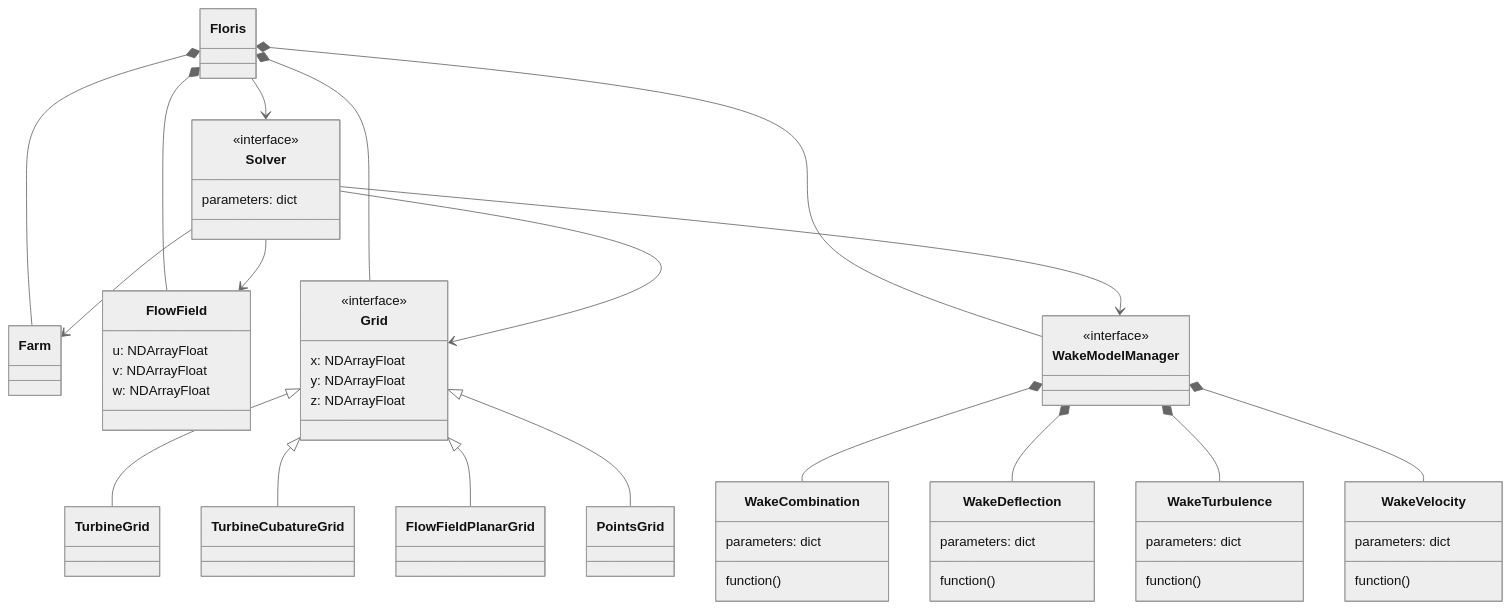
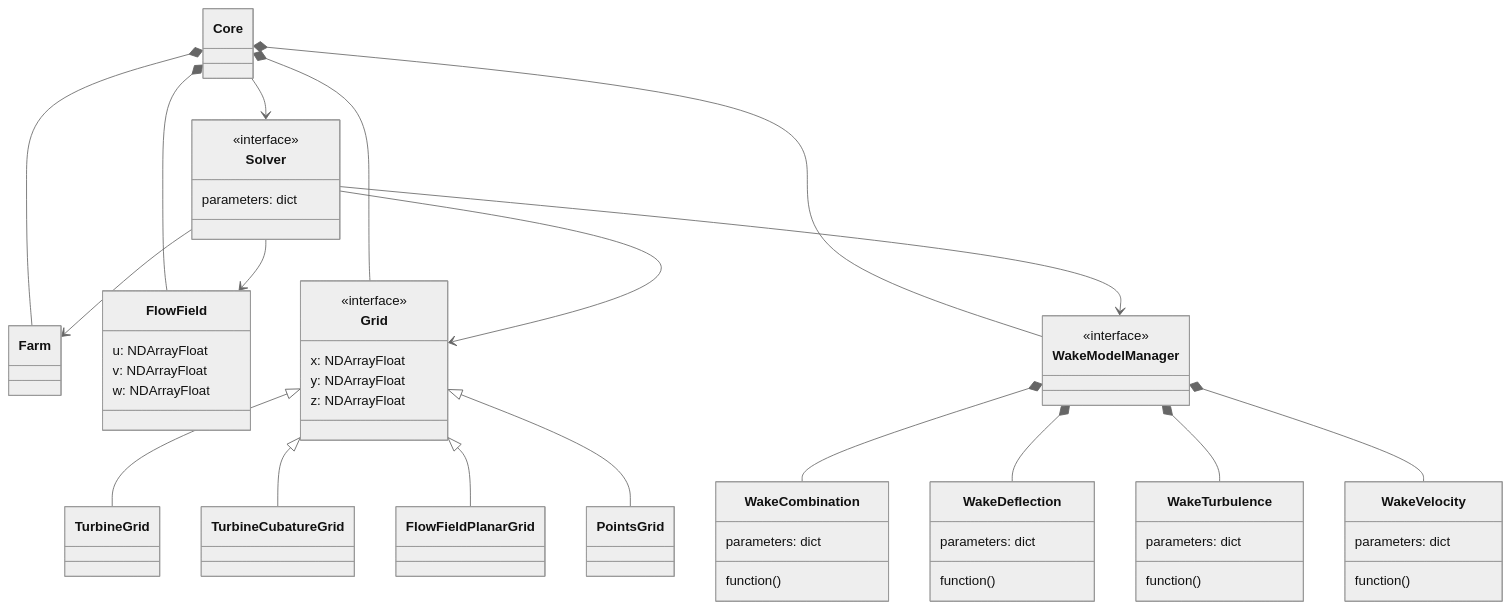
Before and after one commit to misi9170/floris: the second of 2 diagrams in _sources/architecture.md, drawn with Mermaid (neutral theme). The commit also changed other lines of this file and 249 other files, not shown here.

````diff
--- a/_sources/architecture.md
+++ b/_sources/architecture.md
@@ -69,69 +69,69 @@
 ```{mermaid}
 classDiagram
 
-    class Floris
+    class Core
 
     class Farm
 
     class FlowField {
         u: NDArrayFloat
         v: NDArrayFloat
         w: NDArrayFloat
     }
 
     class Grid {
         <<interface>>
         x: NDArrayFloat
         y: NDArrayFloat
         z: NDArrayFloat
     }
     class TurbineGrid
     class TurbineCubatureGrid
     class FlowFieldPlanarGrid
     class PointsGrid
 
     class WakeModelManager {
         <<interface>>
     }
     class WakeCombination {
         parameters: dict
         function()
     }
     class WakeDeflection {
         parameters: dict
         function()
     }
     class WakeTurbulence {
         parameters: dict
         function()
     }
     class WakeVelocity {
         parameters: dict
         function()
     }
 
     class Solver {
         <<interface>>
         parameters: dict
     }
 
-    Floris *-- Farm
-    Floris *-- FlowField
-    Floris *-- Grid
-    Floris *-- WakeModelManager
-    Floris --> Solver
+    Core *-- Farm
+    Core *-- FlowField
+    Core *-- Grid
+    Core *-- WakeModelManager
+    Core --> Solver
     WakeModelManager *-- WakeCombination
     WakeModelManager *-- WakeDeflection
     WakeModelManager *-- WakeTurbulence
     WakeModelManager *-- WakeVelocity
 
     Grid <|-- TurbineGrid
     Grid <|-- TurbineCubatureGrid
     Grid <|-- FlowFieldPlanarGrid
     Grid <|-- PointsGrid
 
     Solver --> Farm
     Solver --> FlowField
     Solver --> Grid
     Solver --> WakeModelManager
 ```
````
